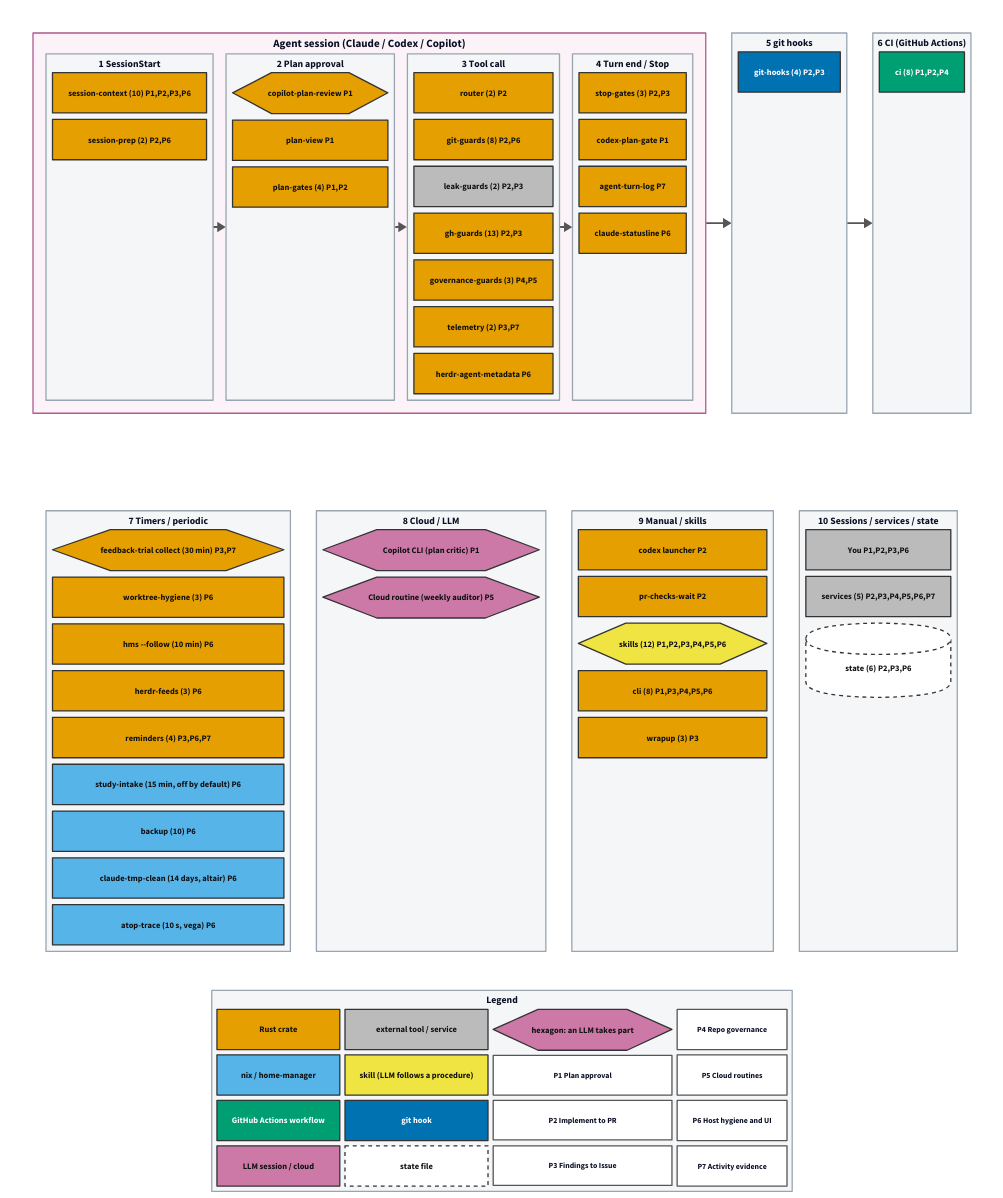
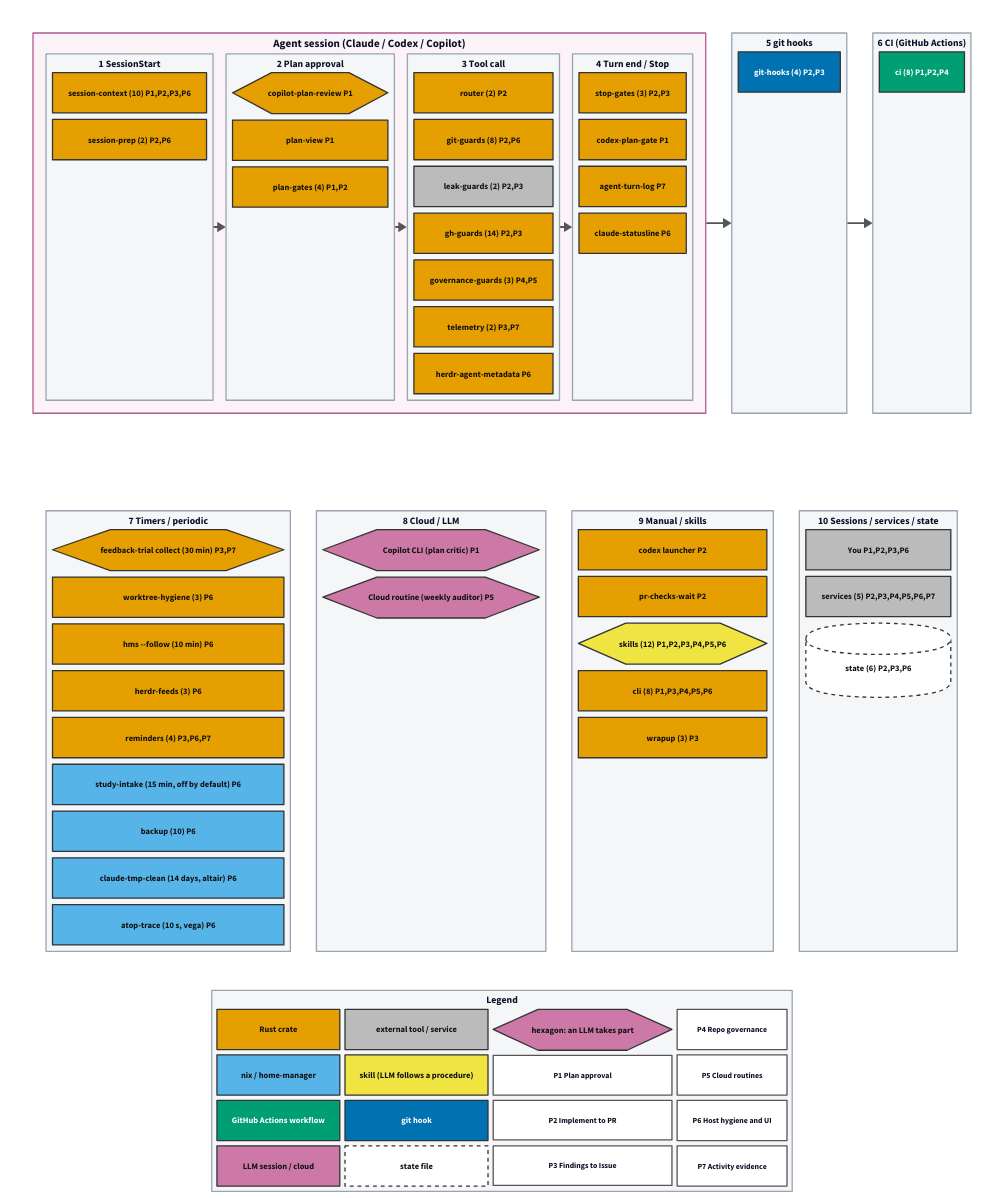
One commit to tarotene/dotfiles changed the diagram in docs/assets/pipeline-map/overview.d2. Above: the diagram before and after it, drawn with D2. The commit also changed 14 other files, not shown here.

```diff
--- a/docs/assets/pipeline-map/overview.d2
+++ b/docs/assets/pipeline-map/overview.d2
@@ -213,7 +213,7 @@
       g_leak_guards: "leak-guards (2)  P2,P3" {
         class: s_external
       }
-      g_gh_guards: "gh-guards (13)  P2,P3" {
+      g_gh_guards: "gh-guards (14)  P2,P3" {
         class: s_rust
       }
       g_governance_guards: "governance-guards (3)  P4,P5" {
```
